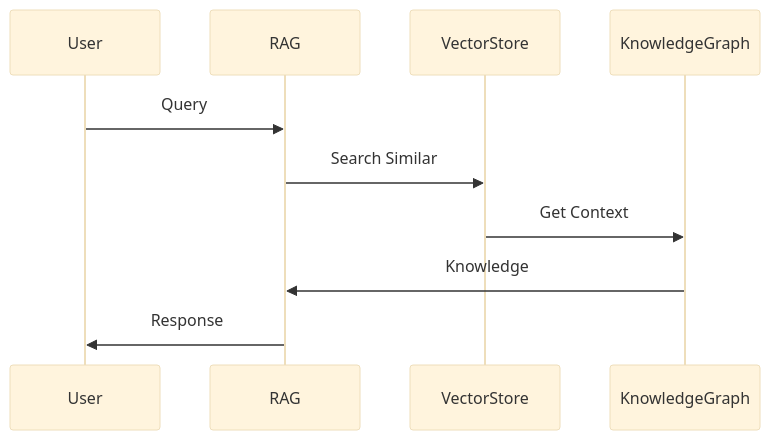
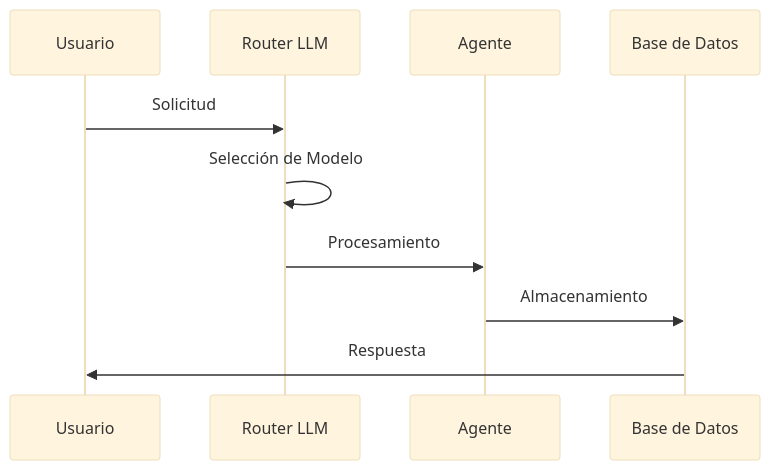
One commit to costarotela/Knowledge_Acquisition changed the second of 3 diagrams in project_status/ARCHITECTURE.md. Above: the diagram before and after it, drawn with Mermaid (base theme). The commit also changed other lines of this file and 2 other files, not shown here.

````diff
--- a/project_status/ARCHITECTURE.md
+++ b/project_status/ARCHITECTURE.md
@@ -57,13 +77,13 @@
 ```mermaid
 sequenceDiagram
-    participant U as User
-    participant R as RAG
-    participant V as VectorStore
-    participant K as KnowledgeGraph
-    
-    U->>R: Query
-    R->>V: Search Similar
-    V->>K: Get Context
-    K->>R: Knowledge
-    R->>U: Response
+    participant U as Usuario
+    participant R as Router LLM
+    participant A as Agente
+    participant DB as Base de Datos
+
+    U->>R: Solicitud
+    R->>R: Selección de Modelo
+    R->>A: Procesamiento
+    A->>DB: Almacenamiento
+    DB->>U: Respuesta
 ```
````
